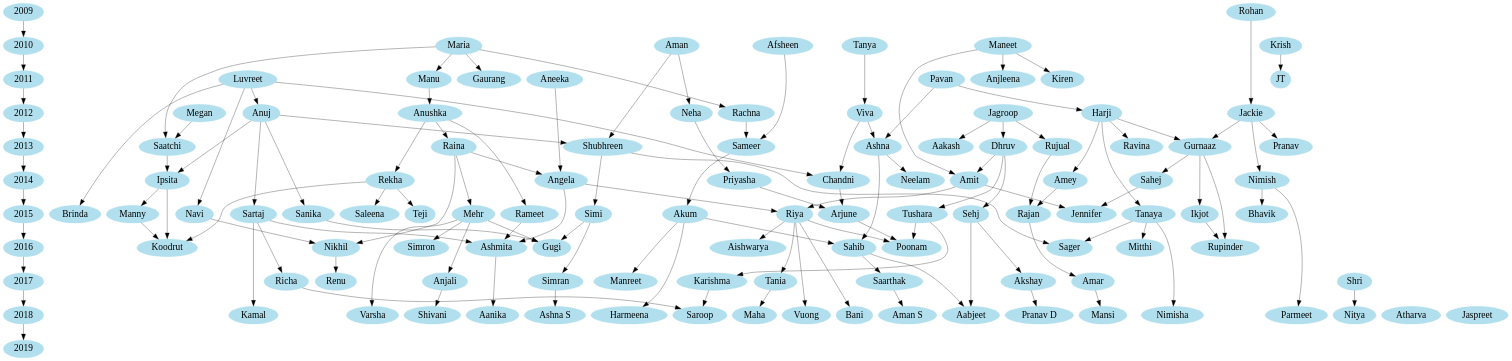
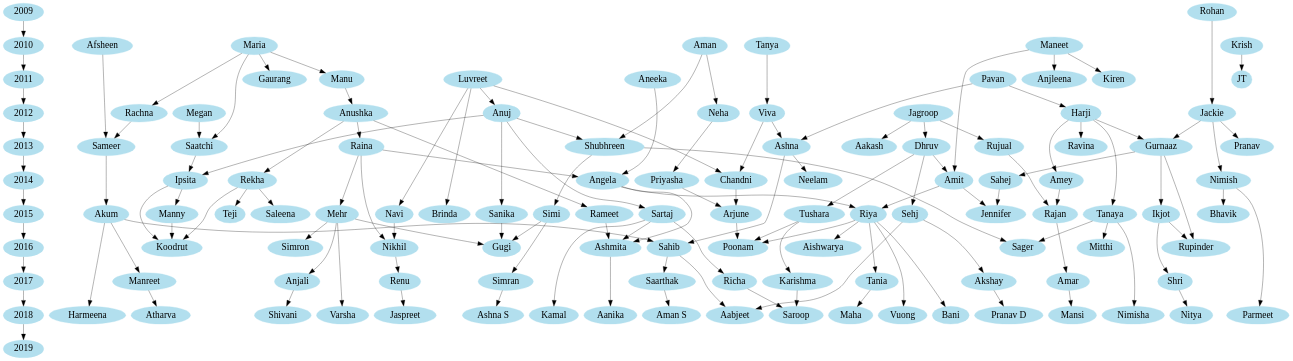
The diagram in drp-family-tree.dot (Jeetman/DRP-Family-Tree), drawn with Graphviz before and after one commit. The commit also changed 1 other file, not shown here.

```diff
--- a/drp-family-tree.dot
+++ b/drp-family-tree.dot
@@ -1,145 +1,148 @@
 digraph DRP {
 center=true;
 ranksep=.75;
 	edge [arrowsize=2.0];
 	node [color=lightblue2, fontsize=32, style=filled];
 "2009" -> "2010"
 "2010" -> "2011"
 "2011" -> "2012"
 "2012" -> "2013"
 "2013" -> "2014"
 "2014" -> "2015"
 "2015" -> "2016"
 "2016" -> "2017"
 "2017" -> "2018"
 "2018" -> "2019"
 "Rujual" -> "Rajan"
 "Shubhreen" -> "Simi"
 "Shubhreen" -> "Sager"
 "Amey" -> "Rajan"
 "Chandni" -> "Arjune"
 "Neha" -> "Priyasha"
 "Jagroop" -> "Rujual"
 "Jagroop" -> "Dhruv"
 "Jagroop" -> "Aakash"
 "Luvreet" -> "Anuj"
 "Luvreet" -> "Chandni"
 "Luvreet" -> "Navi"
 "Luvreet" -> "Brinda"
 "Afsheen" -> "Sameer"
 "Ashna" -> "Neelam"
 "Ashna" -> "Sahib"
 "Shri" -> "Nitya"
 "Richa" -> "Saroop"
+"Manreet" -> "Atharva"
 "Nimish" -> "Bhavik"
 "Nimish" -> "Parmeet"
 "Saatchi" -> "Ipsita"
 "Harji" -> "Gurnaaz"
 "Harji" -> "Amey"
 "Harji" -> "Tanaya"
 "Harji" -> "Ravina"
 "Manu" -> "Anushka"
 "Sahej" -> "Jennifer"
 "Rameet" -> "Ashmita"
 "Amar" -> "Mansi"
 "Aman" -> "Shubhreen"
 "Aman" -> "Neha"
 "Amit" -> "Riya"
 "Amit" -> "Jennifer"
 "Tushara" -> "Poonam"
 "Tushara" -> "Karishma"
 "Megan" -> "Saatchi"
 "Arjune" -> "Poonam"
 "Sartaj" -> "Richa"
 "Sartaj" -> "Ashmita"
 "Sartaj" -> "Kamal"
 "Ikjot" -> "Rupinder"
+"Ikjot" -> "Shri"
+"Renu" -> "Jaspreet"
 "Akum" -> "Sahib"
 "Akum" -> "Manreet"
 "Akum" -> "Harmeena"
 "Saarthak" -> "Aman S"
 "Dhruv" -> "Sehj"
 "Dhruv" -> "Tushara"
 "Dhruv" -> "Amit"
 "Tanya" -> "Viva"
 "Nikhil" -> "Renu"
 "Angela" -> "Riya"
 "Angela" -> "Ashmita"
 "Sanika" -> "Gugi"
 "Akshay" -> "Pranav D"
 "Tania" -> "Maha"
 "Priyasha" -> "Arjune"
 "Simran" -> "Ashna S"
 "Viva" -> "Ashna"
 "Viva" -> "Chandni"
 "Jackie" -> "Gurnaaz"
 "Jackie" -> "Pranav"
 "Jackie" -> "Nimish"
 "Raina" -> "Angela"
 "Raina" -> "Mehr"
 "Raina" -> "Nikhil"
 "Sameer" -> "Akum"
 "Gurnaaz" -> "Sahej"
 "Gurnaaz" -> "Ikjot"
 "Gurnaaz" -> "Rupinder"
 "Rohan" -> "Jackie"
 "Maneet" -> "Amit"
 "Maneet" -> "Anjleena"
 "Maneet" -> "Kiren"
 "Simi" -> "Gugi"
 "Simi" -> "Simran"
 "Riya" -> "Poonam"
 "Riya" -> "Vuong"
 "Riya" -> "Bani"
 "Riya" -> "Tania"
 "Riya" -> "Aishwarya"
 "Maria" -> "Manu"
 "Maria" -> "Rachna"
 "Maria" -> "Saatchi"
 "Maria" -> "Gaurang"
 "Anuj" -> "Shubhreen"
 "Anuj" -> "Ipsita"
 "Anuj" -> "Sanika"
 "Anuj" -> "Sartaj"
 "Ashmita" -> "Aanika"
 "Krish" -> "JT"
 "Rekha" -> "Koodrut"
 "Rekha" -> "Saleena"
 "Rekha" -> "Teji"
 "Sehj" -> "Aabjeet"
 "Sehj" -> "Akshay"
 "Rachna" -> "Sameer"
 "Rajan" -> "Amar"
 "Navi" -> "Nikhil"
 "Anushka" -> "Raina"
 "Anushka" -> "Rekha"
 "Anushka" -> "Rameet"
 "Mehr" -> "Gugi"
 "Mehr" -> "Anjali"
 "Mehr" -> "Varsha"
 "Mehr" -> "Simron"
 "Pavan" -> "Harji"
 "Pavan" -> "Ashna"
 "Tanaya" -> "Sager"
 "Tanaya" -> "Mitthi"
 "Tanaya" -> "Nimisha"
 "Aneeka" -> "Angela"
 "Anjali" -> "Shivani"
 "Sahib" -> "Aabjeet"
 "Sahib" -> "Saarthak"
 "Karishma" -> "Saroop"
 "Manny" -> "Koodrut"
 "Ipsita" -> "Manny"
 "Ipsita" -> "Koodrut"
 {rank=same "2009" "Rohan"}
 {rank=same "2010" "Afsheen" "Aman" "Tanya" "Maneet" "Maria" "Krish"}
 {rank=same "2011" "Luvreet" "Manu" "Pavan" "Aneeka"}
 {rank=same "2012" "Neha" "Jagroop" "Harji" "Megan" "Viva" "Jackie" "Anuj" "Rachna" "Anushka"}
 {rank=same "2013" "Rujual" "Shubhreen" "Ashna" "Saatchi" "Dhruv" "Raina" "Sameer" "Gurnaaz"}
 {rank=same "2014" "Amey" "Chandni" "Nimish" "Sahej" "Amit" "Angela" "Priyasha" "Rekha" "Ipsita"}
 {rank=same "2015" "Rameet" "Tushara" "Arjune" "Sartaj" "Ikjot" "Akum" "Sanika" "Simi" "Riya" "Brinda" "Sehj" "Rajan" "Navi" "Mehr" "Tanaya" "Manny"}
 {rank=same "2016" "Nikhil" "Ashmita" "Sahib"}
-{rank=same "2017" "Shri" "Richa" "Manreet" "Amar" "Saarthak" "Akshay" "Tania" "Simran" "Anjali" "Karishma"}
+{rank=same "2017" "Shri" "Richa" "Manreet" "Amar" "Renu" "Saarthak" "Akshay" "Tania" "Simran" "Anjali" "Karishma"}
 {rank=same "2018" "Varsha" "Nimisha" "Shivani" "Harmeena" "Bani" "Saroop" "Kamal" "Aman S" "Maha" "Parmeet" "Nitya" "Pranav D" "Vuong" "Aabjeet" "Atharva" "Ashna S" "Aanika" "Jaspreet"}
 {rank=source "Rohan" "2009"}
 }
```
